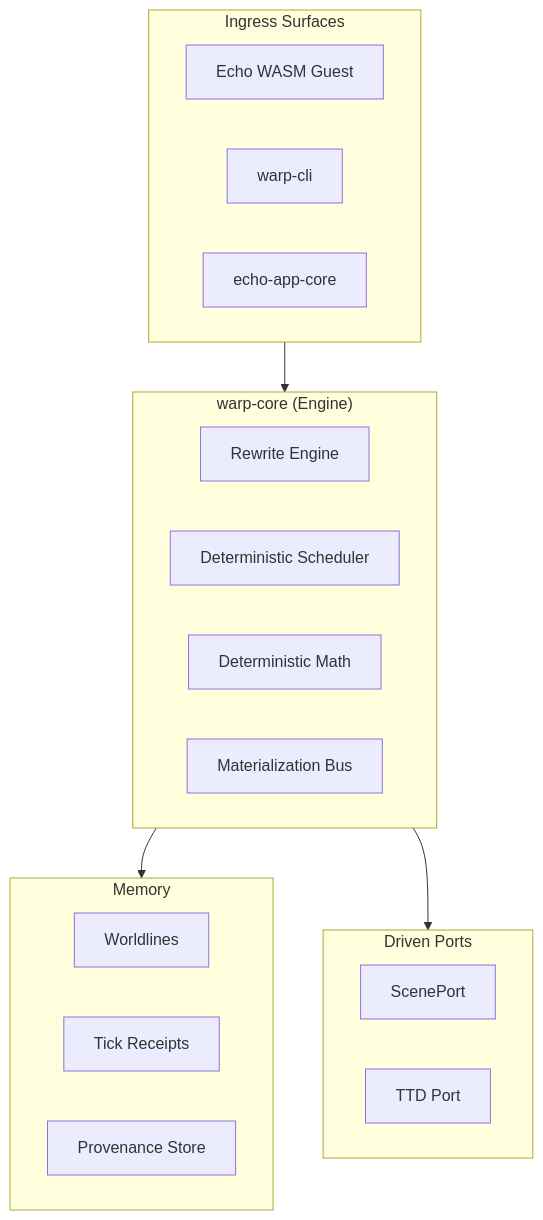
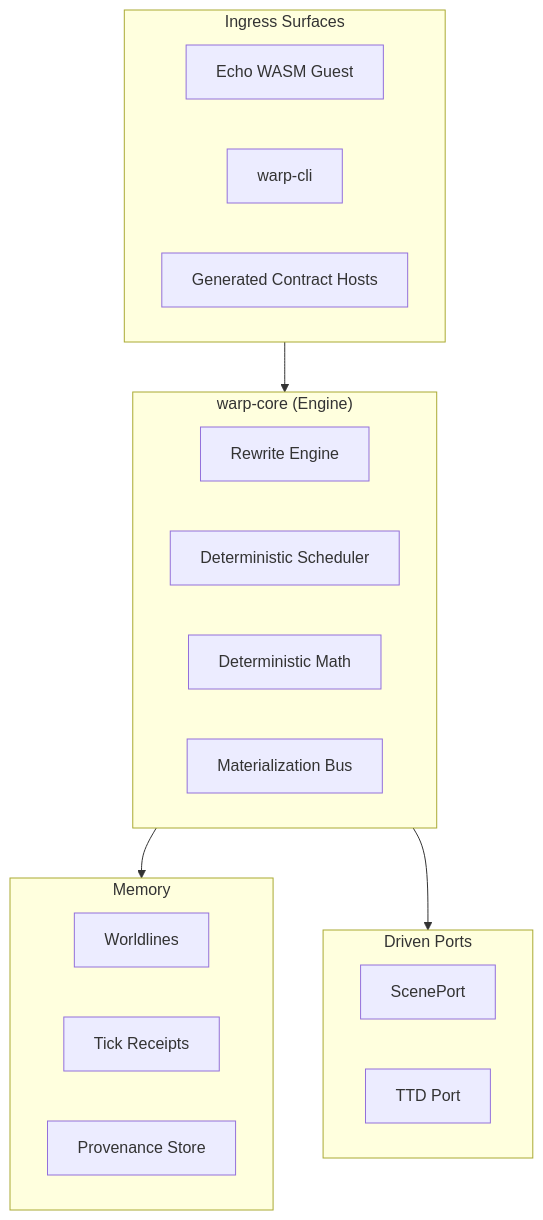
The diagram in ARCHITECTURE.md (flyingrobots/echo), drawn with Mermaid before and after one commit. The commit also changed 3 other files, not shown here.

Commit message:
Fix: remove deleted crates from live architecture docs

````diff
--- a/ARCHITECTURE.md
+++ b/ARCHITECTURE.md
@@ -12,27 +12,27 @@
 ```mermaid
 flowchart TD
     subgraph Ingress["Ingress Surfaces"]
         WASM[Echo WASM Guest]
         CLI[warp-cli]
-        APP[echo-app-core]
+        APP[Generated Contract Hosts]
     end
     subgraph Core["warp-core (Engine)"]
         RE[Rewrite Engine]
         SCH[Deterministic Scheduler]
         MATH[Deterministic Math]
         MBUS[Materialization Bus]
     end
     subgraph Memory["Memory"]
         WL[Worldlines]
         RCP[Tick Receipts]
         PROV[Provenance Store]
     end
     subgraph Ports["Driven Ports"]
         SP[ScenePort]
         TP[TTD Port]
     end
 
     Ingress --> Core
     Core --> Memory
     Core --> Ports
 ```
````
